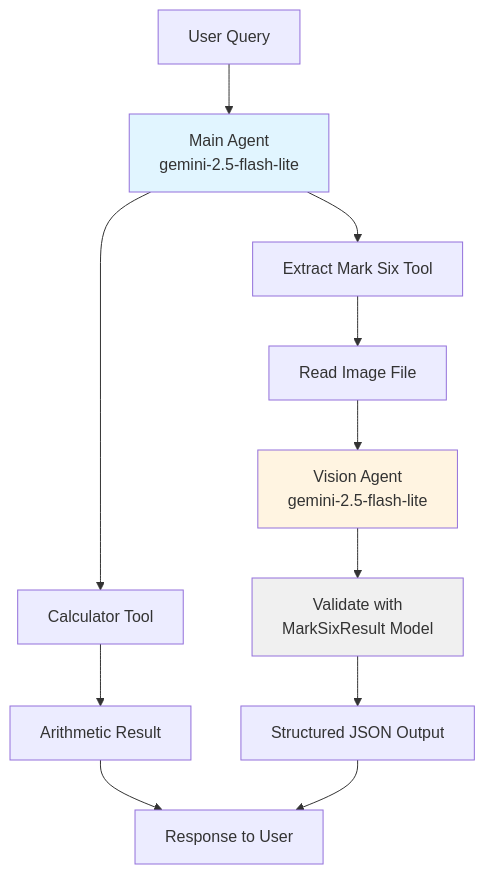
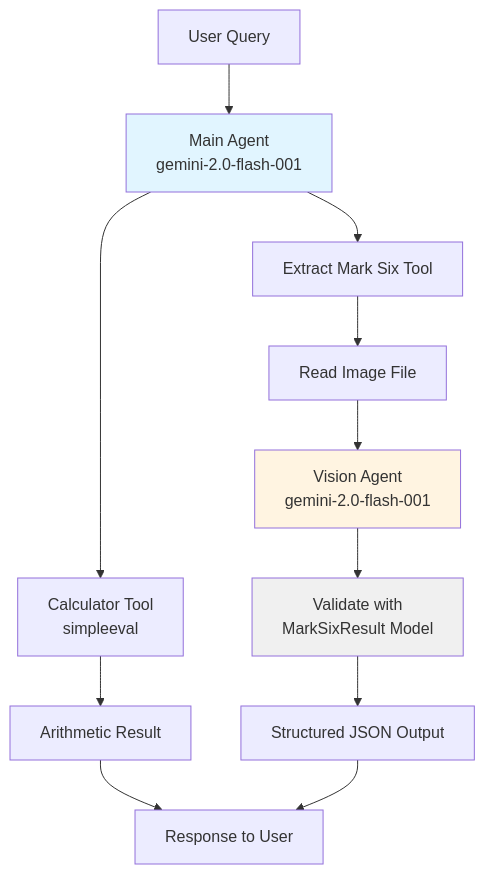
The diagram in README.md (ryanlwk/telegrambot_marksix_calculation), drawn with Mermaid before and after one commit. The commit also changed other lines of this file and 4 other files, not shown here.

First line of the commit message:
Enhance calculator tool with complex expression support and optimize model configuration

````diff
--- a/README.md
+++ b/README.md
@@ -27,21 +27,21 @@
 ```mermaid
 graph TD
-    User[User Query] --> MainAgent[Main Agent<br/>gemini-2.5-flash-lite]
+    User[User Query] --> MainAgent[Main Agent<br/>gemini-2.0-flash-001]
     
-    MainAgent --> CalcTool[Calculator Tool]
+    MainAgent --> CalcTool[Calculator Tool<br/>simpleeval]
     MainAgent --> ExtractTool[Extract Mark Six Tool]
     
     CalcTool --> CalcResult[Arithmetic Result]
     
     ExtractTool --> ReadImage[Read Image File]
-    ReadImage --> VisionAgent[Vision Agent<br/>gemini-2.5-flash-lite]
+    ReadImage --> VisionAgent[Vision Agent<br/>gemini-2.0-flash-001]
     VisionAgent --> Validate[Validate with<br/>MarkSixResult Model]
     Validate --> StructuredOutput[Structured JSON Output]
     
     CalcResult --> Response[Response to User]
     StructuredOutput --> Response
     
     style MainAgent fill:#e1f5ff
     style VisionAgent fill:#fff4e1
     style Validate fill:#f0f0f0
 ```
````
